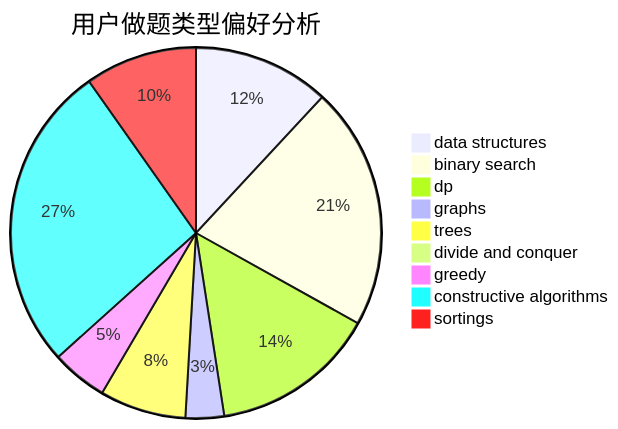
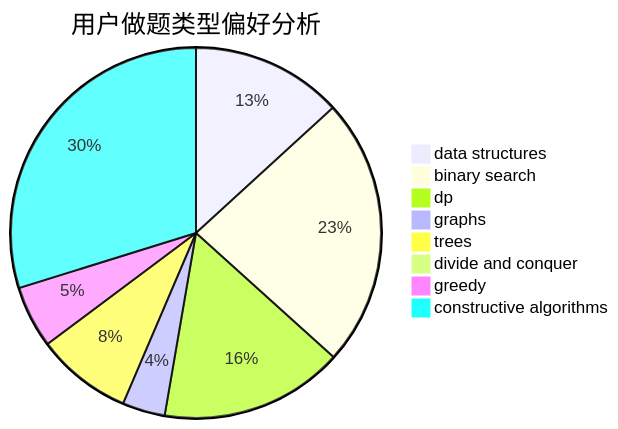
One commit to sherpahu/cfrs.github.io changed the second of 3 diagrams in docs/user/u616.md. Above: the diagram before and after it, drawn with Mermaid. The commit also changed other lines of this file and 2769 other files, not shown here.

````diff
--- a/docs/user/u616.md
+++ b/docs/user/u616.md
@@ -18,12 +18,11 @@
 ```mermaid
 pie title 用户做题类型偏好分析
     "data structures" :  117
     "binary search" :  208
     "dp" :  142
     "graphs" :  33
     "trees" :  74
     "divide and conquer" :  0
     "greedy" :  48
     "constructive algorithms" :  264
-    "sortings" :  96
 ```
````
